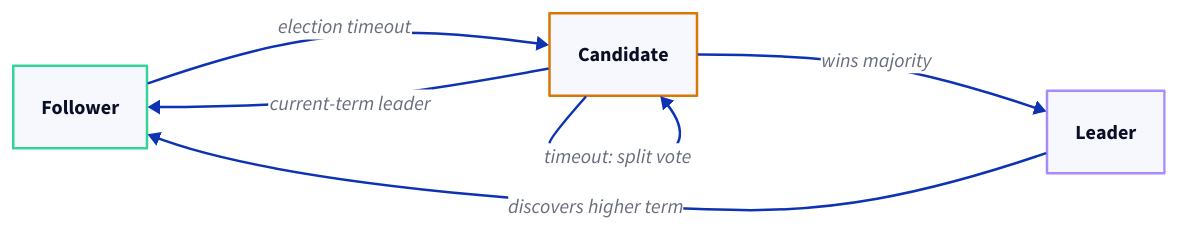
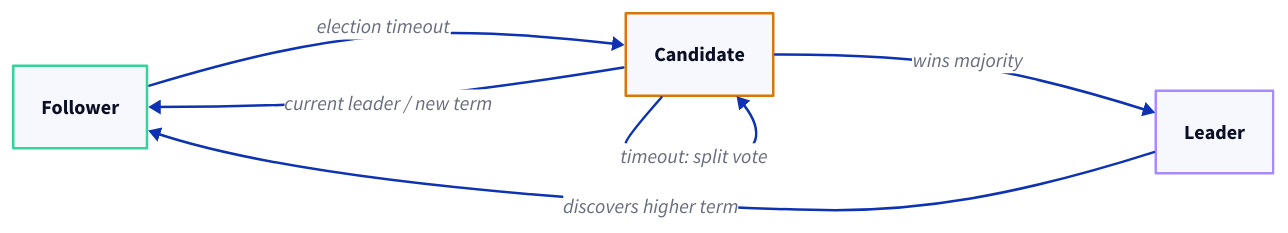
One commit to michael-duren/rubber-duck changed the first of 2 diagrams in courses/raft-in-go-go.md. Above: the diagram before and after it, drawn with D2. The commit also changed other lines of this file and 29 other files, not shown here.

````diff
--- a/courses/raft-in-go-go.md
+++ b/courses/raft-in-go-go.md
@@ -79,22 +79,22 @@
 ```d2
 direction: right
 
 follower: Follower {
   style.stroke: "#34d399"
   style.stroke-width: 2
 }
 candidate: Candidate {
   style.stroke: "#d97706"
   style.stroke-width: 2
 }
 leader: Leader {
   style.stroke: "#a78bfa"
   style.stroke-width: 2
 }
 
 follower -> candidate: "election timeout"
 candidate -> candidate: "timeout: split vote"
 candidate -> leader: "wins majority"
-candidate -> follower: "current-term leader"
+candidate -> follower: "current leader / new term"
 leader -> follower: "discovers higher term"
 ```
````
